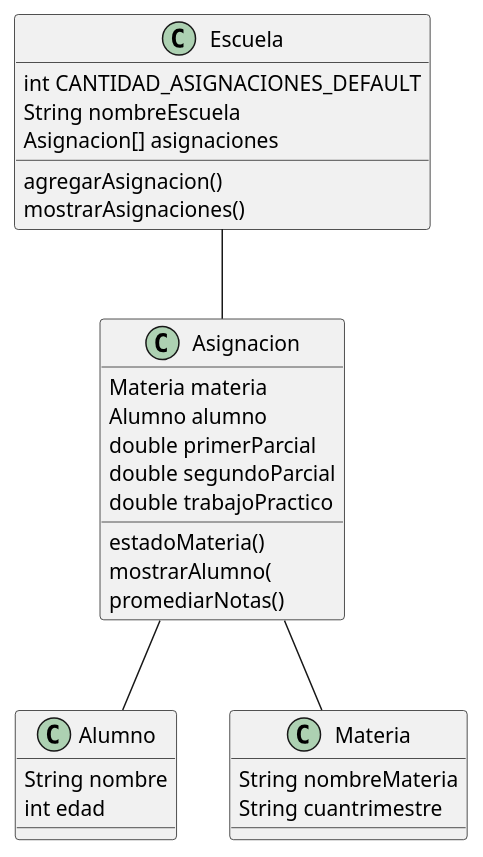
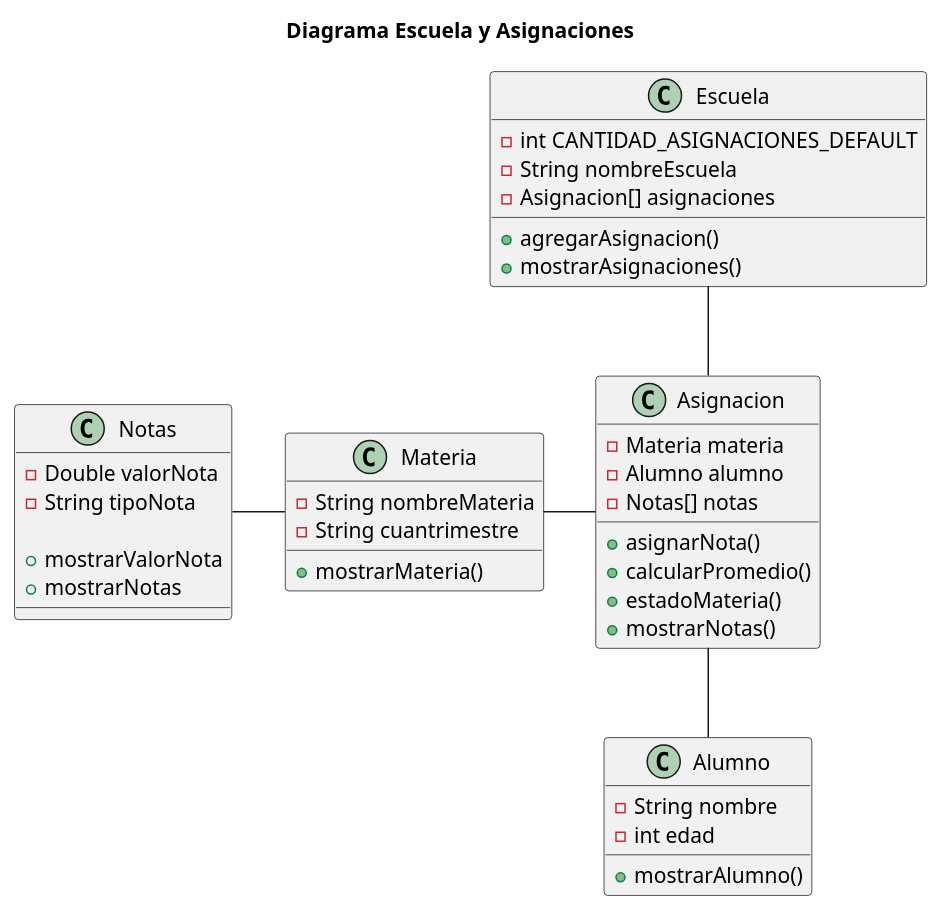
One commit to gioruanova/dv-poo-20231c-escuela-ruanova-jorge changed the diagram in src/doc/diagrama-escuela.puml. Above: the diagram before and after it, drawn with PlantUML. The commit also changed 13 other files, not shown here.

```diff
--- a/src/doc/diagrama-escuela.puml
+++ b/src/doc/diagrama-escuela.puml
@@ -1,43 +1,59 @@
 @startuml
 
+Title Diagrama Escuela y Asignaciones
+
 class Escuela{
-	 int CANTIDAD_ASIGNACIONES_DEFAULT
-	 String nombreEscuela
-	 Asignacion[] asignaciones
+	 -int CANTIDAD_ASIGNACIONES_DEFAULT
+	 -String nombreEscuela
+	 -Asignacion[] asignaciones
 	 	 
-	 agregarAsignacion()
-	 mostrarAsignaciones()
+	 +agregarAsignacion()
+	 +mostrarAsignaciones()
 }
 
 
 class Asignacion{
-	 Materia materia
-	 Alumno alumno
-	 double primerParcial
-	 double segundoParcial
-	 double trabajoPractico
-	 estadoMateria()
-	 mostrarAlumno(
-	 promediarNotas()
+	 -Materia materia
+	 -Alumno alumno
+	 -Notas[] notas
+
+	 +asignarNota()
+	 +calcularPromedio()
+	 +estadoMateria()
+	 +mostrarNotas()
+}
+
+class Notas{
+	-Double valorNota
+	-String tipoNota
+	
+	+mostrarValorNota
+	+mostrarNotas
 }
 
 
 class Alumno{
-	String nombre
-	int edad
+	-String nombre
+	-int edad
+	
+	+mostrarAlumno()
 }
 
 
 class Materia{
-	String nombreMateria
-	String cuantrimestre
+	-String nombreMateria
+	-String cuantrimestre
+	
+	+mostrarMateria()
 }
 
 
 Escuela -- Asignacion
-Asignacion -- Materia
+Asignacion -left- Materia
 Asignacion -- Alumno
+Materia -left- Notas
+
 
 
 
 @enduml
```
